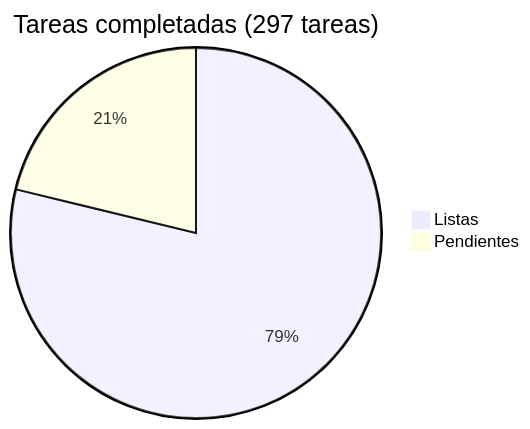
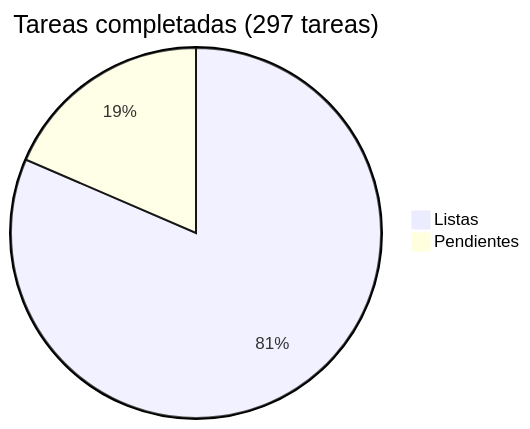
One commit to araguaney-lat/araguaney changed the diagram in docs/roadmap/README.md. Above: the diagram before and after it, drawn with Mermaid. The commit also changed other lines of this file and 4 other files, not shown here.

````diff
--- a/docs/roadmap/README.md
+++ b/docs/roadmap/README.md
@@ -5,5 +5,5 @@
 ```mermaid
 pie title Tareas completadas (297 tareas)
-    "Listas" : 234
-    "Pendientes" : 63
+    "Listas" : 242
+    "Pendientes" : 55
 ```
````
